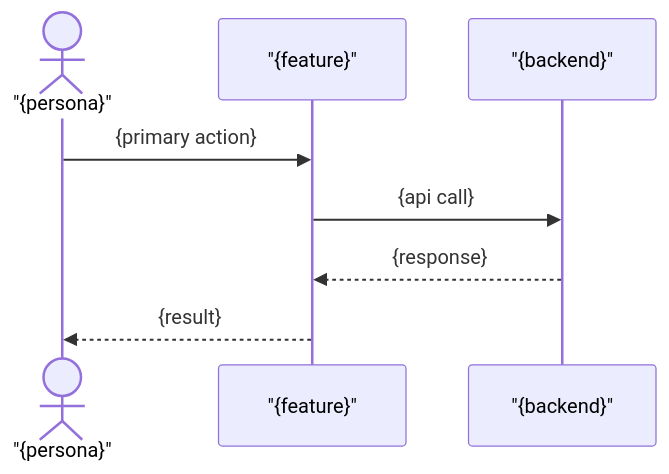
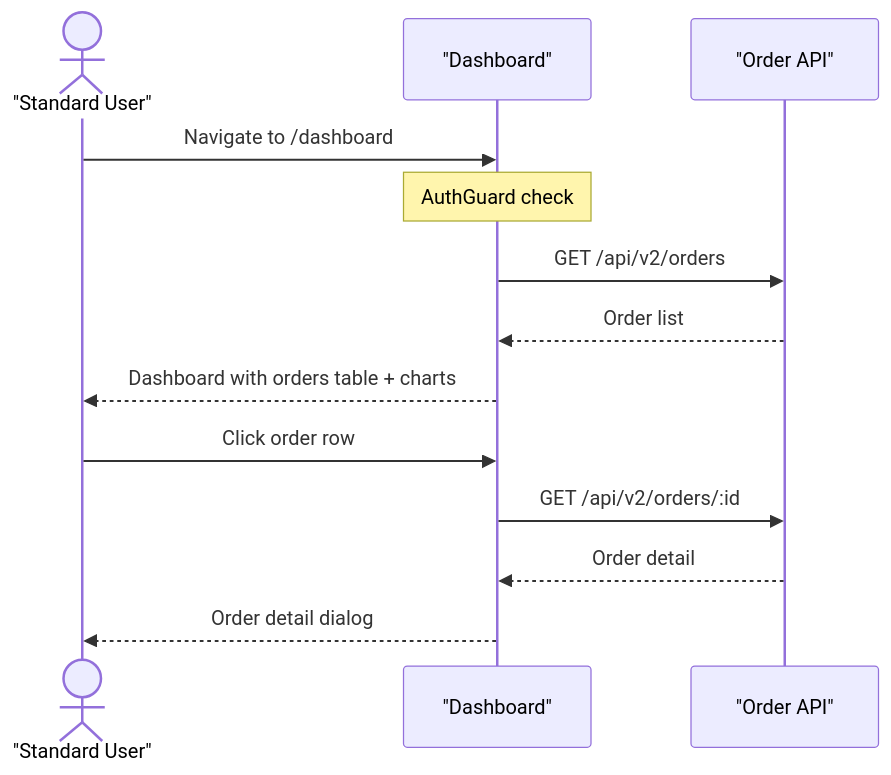
The second of 2 diagrams in marketplace/.github/skills/angular-scan-features/SKILL.md (oneinthebox/vscode-ghcp-agents), drawn with Mermaid before and after one commit. The commit also changed other lines of this file and 300 other files, not shown here.

````diff
--- a/marketplace/.github/skills/angular-scan-features/SKILL.md
+++ b/marketplace/.github/skills/angular-scan-features/SKILL.md
@@ -95,10 +253,15 @@
 ```mermaid
 sequenceDiagram
-    actor User as "{persona}"
-    participant App as "{feature}"
-    participant API as "{backend}"
-    User->>App: {primary action}
-    App->>API: {api call}
-    API-->>App: {response}
-    App-->>User: {result}
+    actor User as "Standard User"
+    participant App as "Dashboard"
+    participant API as "Order API"
+    User->>App: Navigate to /dashboard
+    Note over App: AuthGuard check
+    App->>API: GET /api/v2/orders
+    API-->>App: Order list
+    App-->>User: Dashboard with orders table + charts
+    User->>App: Click order row
+    App->>API: GET /api/v2/orders/:id
+    API-->>App: Order detail
+    App-->>User: Order detail dialog
 ```
````
